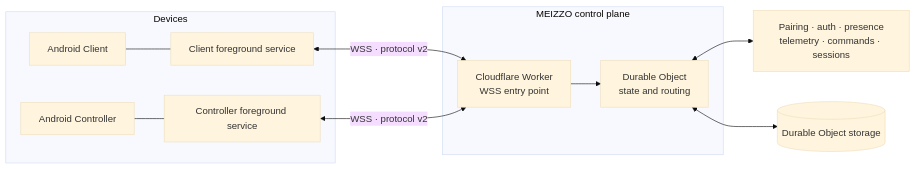
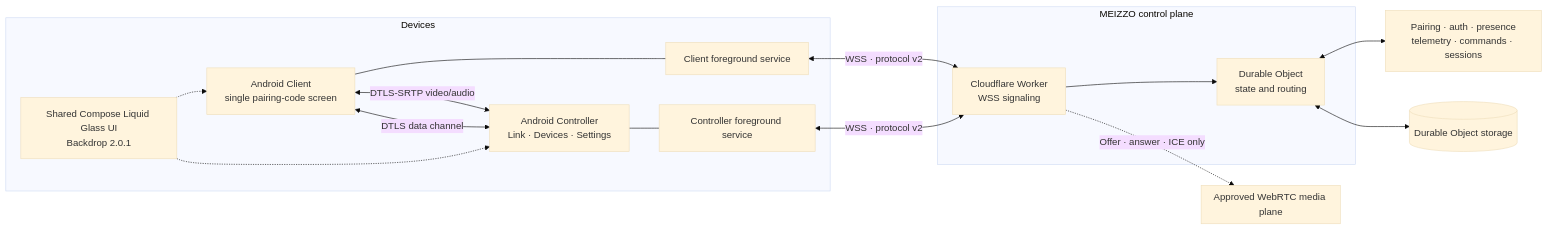
The first of 2 diagrams in README.md (rakhan17/Meizzo), drawn with Mermaid (base theme) before and after one commit. The commit also changed other lines of this file and 16 other files, not shown here.

````diff
--- a/README.md
+++ b/README.md
@@ -149,22 +175,31 @@
 ```mermaid
 flowchart LR
   subgraph Devices
-    C[Android Client]
-    O[Android Controller]
+    C[Android Client<br/>single pairing-code screen]
+    O[Android Controller<br/>Link · Devices · Settings]
     CS[Client foreground service]
     OS[Controller foreground service]
+    UI[Shared Compose Liquid Glass UI<br/>Backdrop 2.0.1]
     C --- CS
     O --- OS
+    UI -.-> C
+    UI -.-> O
   end
 
   subgraph ControlPlane["MEIZZO control plane"]
-    W[Cloudflare Worker<br/>WSS entry point]
+    W[Cloudflare Worker<br/>WSS signaling]
     D[Durable Object<br/>state and routing]
     W --> D
+  end
+
+  subgraph MediaPlane["Approved WebRTC media plane"]
+    C <-->|DTLS-SRTP video/audio| O
+    C <-->|DTLS data channel| O
   end
 
   CS <-->|WSS · protocol v2| W
   OS <-->|WSS · protocol v2| W
   D <--> P[Pairing · auth · presence<br/>telemetry · commands · sessions]
   D <--> S[(Durable Object storage)]
+  W -.->|Offer · answer · ICE only| MediaPlane
 ```
````
